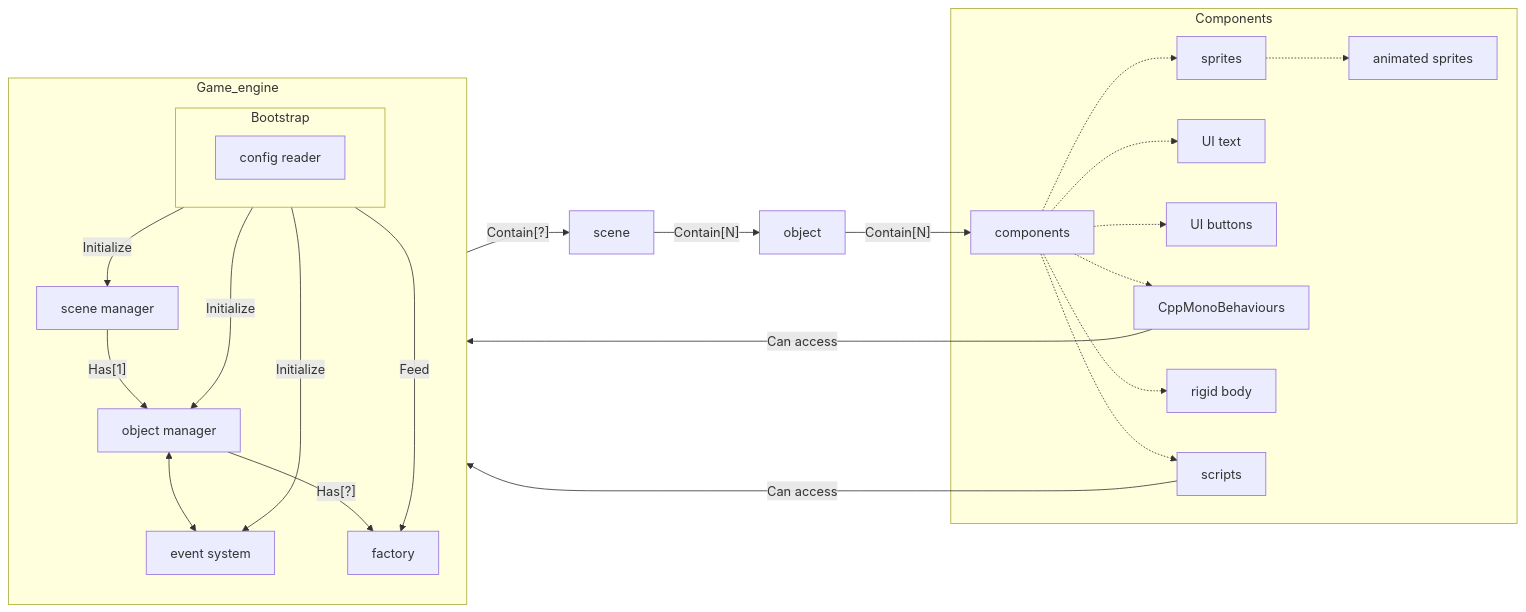
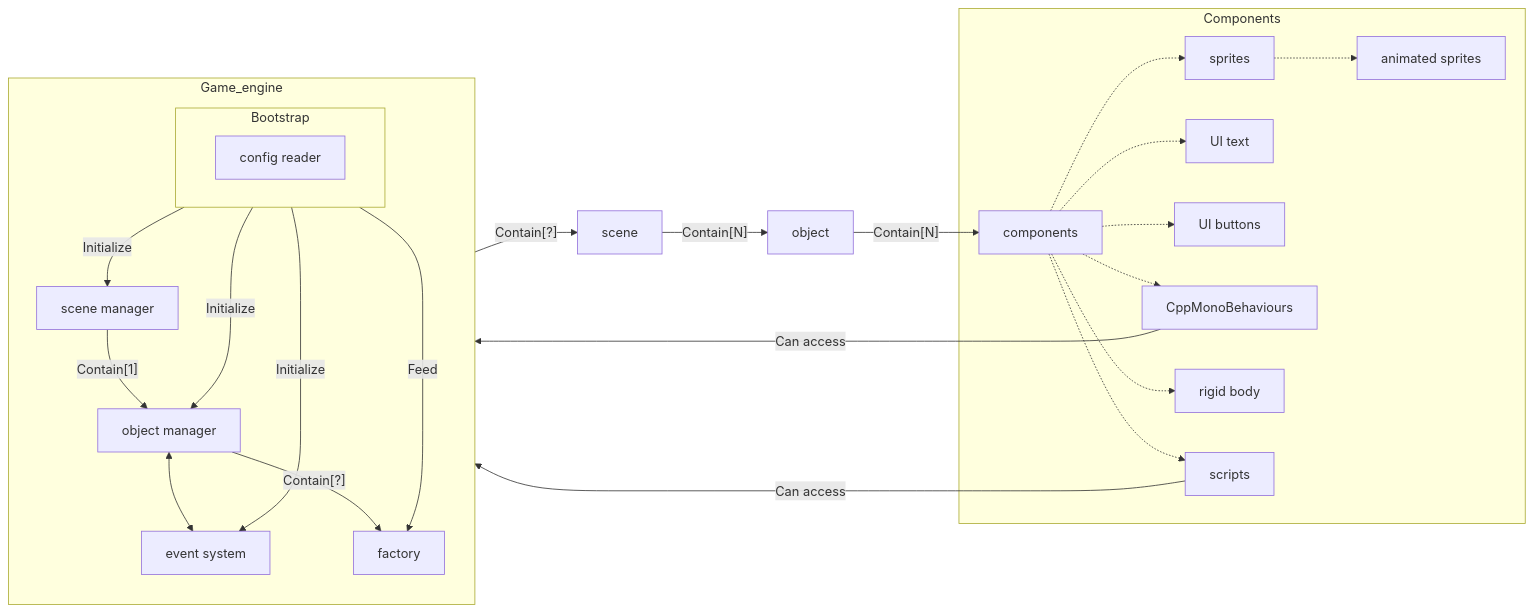
One commit to epitech-mirroring/R-Type changed the third of 3 diagrams in documentation/developers/about.md. Above: the diagram before and after it, drawn with Mermaid. The commit also changed other lines of this file and 3 other files, not shown here.

````diff
--- a/documentation/developers/about.md
+++ b/documentation/developers/about.md
@@ -74,49 +74,49 @@
 ```mermaid
 flowchart LR
  
     scene_manager[scene manager]
     event_sys[event system]
     object_management[object manager]
     config_reader[config reader]
     factory[factory]
     subgraph Game_engine
-        scene_manager -- Has[1] --> object_management 
+        scene_manager -- Contain[1] --> object_management 
         object_management <--> event_sys 
-        object_management --Has[?]--> factory 
+        object_management --Contain[?]--> factory 
         subgraph Bootstrap
             config_reader
         end
         Bootstrap --Initialize--> object_management
         Bootstrap --Feed--> factory
         Bootstrap --Initialize--> event_sys
         Bootstrap --Initialize--> scene_manager
     end
  
     scene[scene]
     object[object]
     components[components]
     sprites[sprites]
  
     UI_text[UI text]
     UI_buttons[UI buttons]
     CppMonoBehaviours[CppMonoBehaviours]
     rigid_body[rigid body]
     scripts[scripts]
     animated_sprites[animated sprites]
  
  
     Game_engine --Contain[?]--> scene 
     scene --Contain[N]--> object
     object --Contain[N]--> components
     components -.-> sprites
     subgraph Components
         sprites -.-> animated_sprites
         components -.-> UI_text
         components -.-> UI_buttons
         components -.-> CppMonoBehaviours
         components -.-> scripts
         components -.-> rigid_body
     end
     scripts --Can access--> Game_engine
     CppMonoBehaviours --Can access--> Game_engine
 ```
````
